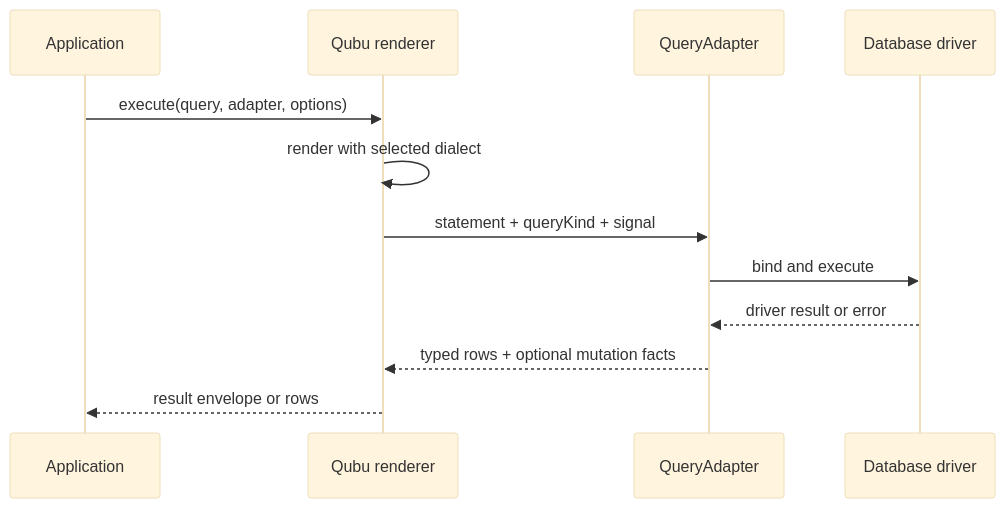
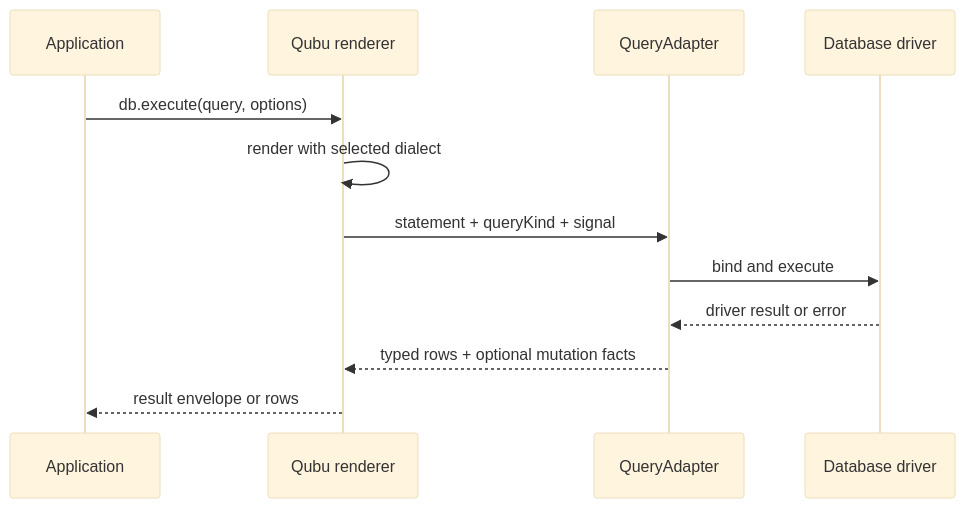
Before and after one commit to aleclarson/qubu: the diagram in docs/dialects-and-execution.md, drawn with Mermaid (base theme). The commit also changed other lines of this file and 10 other files, not shown here.

````diff
--- a/docs/dialects-and-execution.md
+++ b/docs/dialects-and-execution.md
@@ -154,15 +174,15 @@
 ```mermaid
 sequenceDiagram
   participant App as Application
   participant Qubu as Qubu renderer
   participant Adapter as QueryAdapter
   participant Driver as Database driver
 
-  App->>Qubu: execute(query, adapter, options)
+  App->>Qubu: db.execute(query, options)
   Qubu->>Qubu: render with selected dialect
   Qubu->>Adapter: statement + queryKind + signal
   Adapter->>Driver: bind and execute
   Driver-->>Adapter: driver result or error
   Adapter-->>Qubu: typed rows + optional mutation facts
   Qubu-->>App: result envelope or rows
 ```
````
